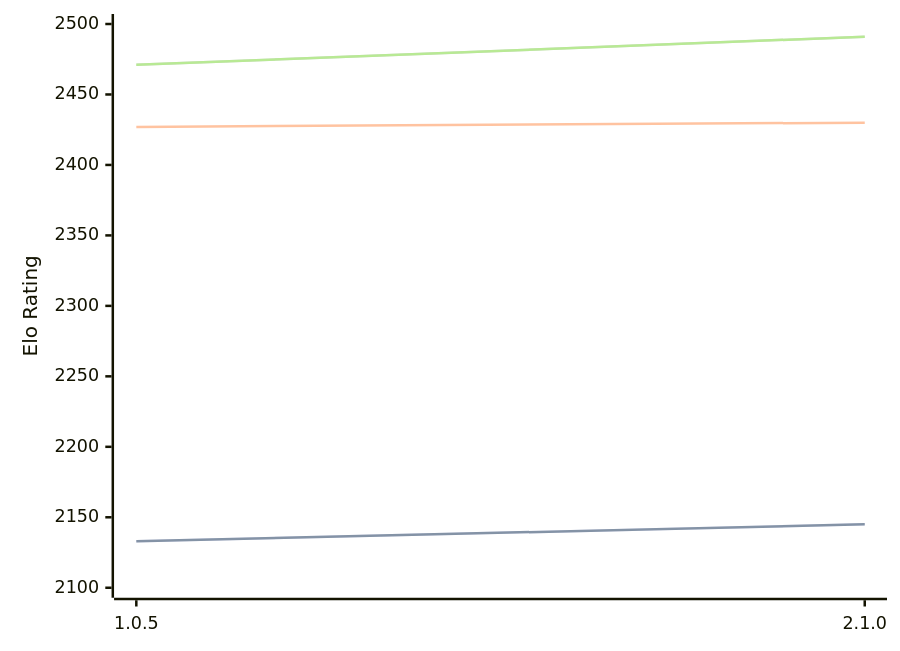
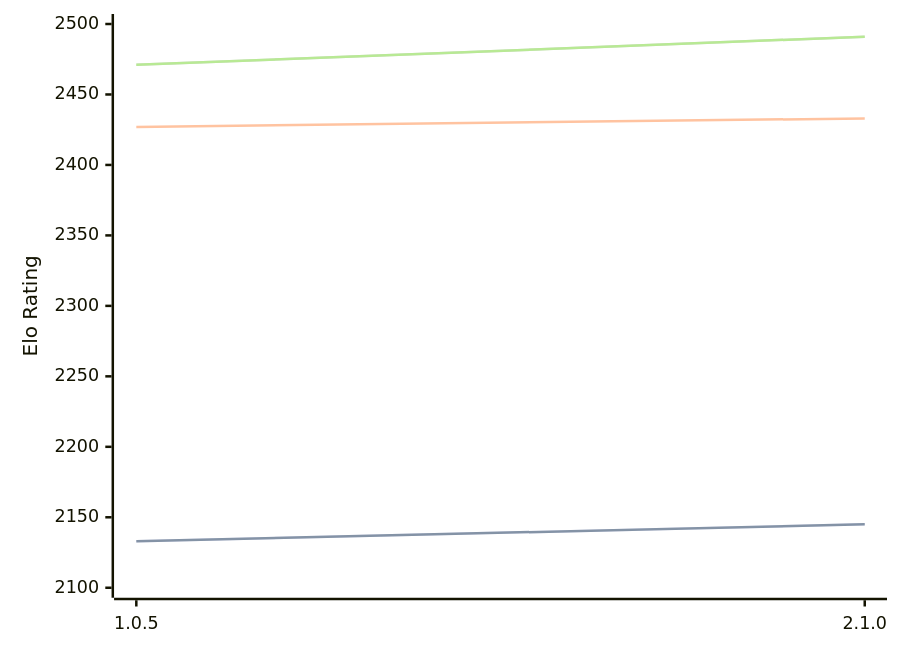
The diagram in engines/Ruffian.md (computer-chess-index/cci), drawn with Mermaid before and after one commit. The commit also changed other lines of this file, not shown here.

````diff
--- a/engines/Ruffian.md
+++ b/engines/Ruffian.md
@@ -32,11 +32,11 @@
 ```mermaid
 %%{init: {"theme":"base","themeVariables":{"seriesColors:['#a3a3a3','#222221','#faa371']}}}%%
 xychart-beta
   x-axis ["1.0.5", "2.1.0"]
   y-axis "Elo Rating" 2100 --> 2500
   line "STC (8.0+0.08s)" [2133, 2145]
   line "STC (8.0+0.08s)" [2133, 2145]
-  line "LTC (60.0+0.60s)" [2427, 2430]
+  line "LTC (60.0+0.60s)" [2427, 2433]
   line "VLTC (2m24s+1.12s)" [2471, 2491]
   line "VLTC (2m24s+1.12s)" [2471, 2491]
 ```
````
